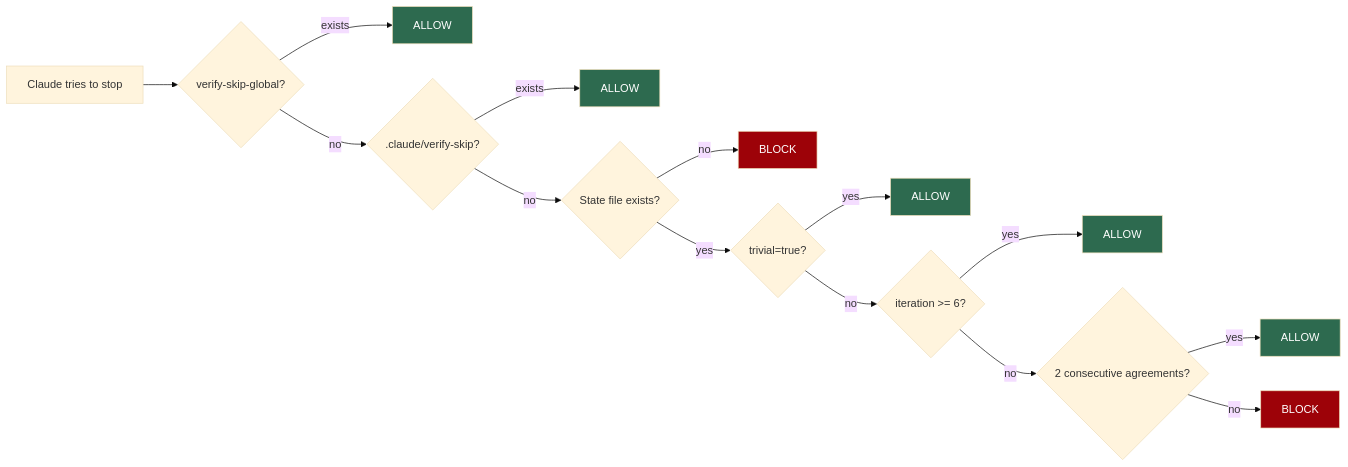
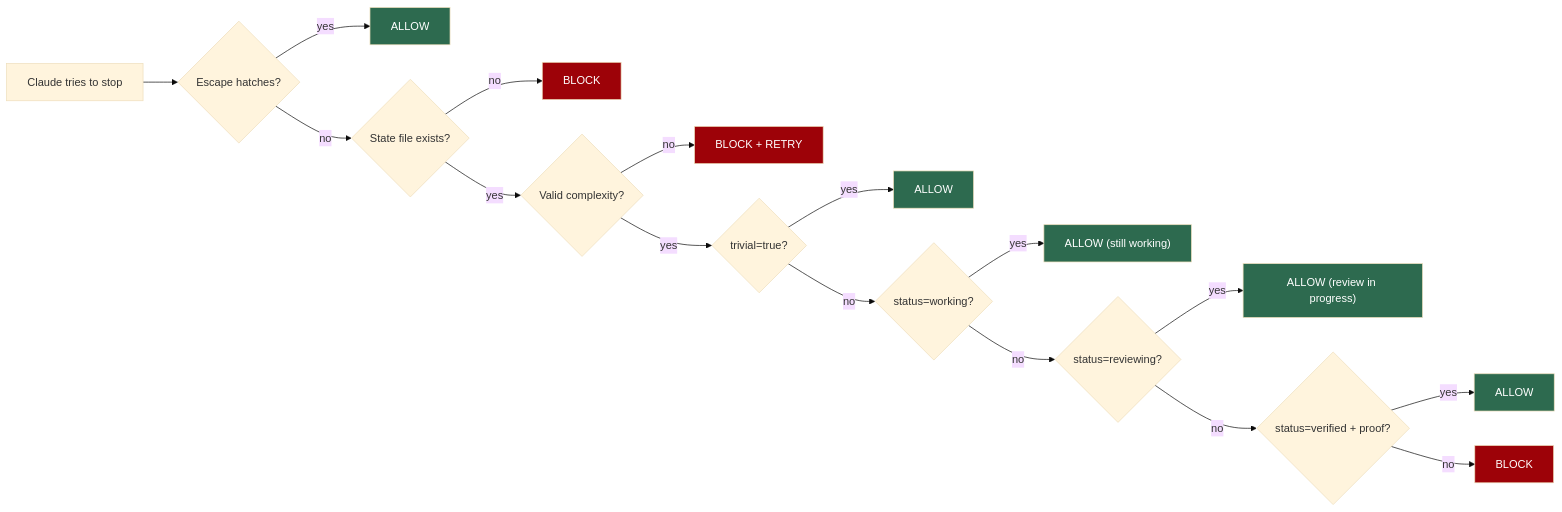
Before and after one commit to KlementMultiverse/verify-consensus: the second of 5 diagrams in README.md, drawn with Mermaid (base theme). The commit also changed other lines of this file and 2 other files, not shown here.

First line of the commit message:
v4: Work-first, review-after architecture

````diff
--- a/README.md
+++ b/README.md
@@ -74,24 +78,27 @@
 ```mermaid
 flowchart LR
-    STOP[Claude tries to stop] --> H1{verify-skip-global?}
-    H1 -->|exists| A1[ALLOW]
-    H1 -->|no| H2{.claude/verify-skip?}
-    H2 -->|exists| A2[ALLOW]
-    H2 -->|no| H3{State file exists?}
-    H3 -->|no| B1[BLOCK]
+    STOP[Claude tries to stop] --> H1{Escape hatches?}
+    H1 -->|yes| A1[ALLOW]
+    H1 -->|no| H2{State file exists?}
+    H2 -->|no| B1[BLOCK]
+    H2 -->|yes| H3{Valid complexity?}
+    H3 -->|no| B2["BLOCK + RETRY"]
     H3 -->|yes| H4{trivial=true?}
-    H4 -->|yes| A3[ALLOW]
-    H4 -->|no| H5{iteration >= 6?}
-    H5 -->|yes| A4[ALLOW]
-    H5 -->|no| H6{2 consecutive agreements?}
-    H6 -->|yes| A5[ALLOW]
-    H6 -->|no| B2[BLOCK]
+    H4 -->|yes| A2[ALLOW]
+    H4 -->|no| H5{status=working?}
+    H5 -->|yes| A3["ALLOW (still working)"]
+    H5 -->|no| H6{status=reviewing?}
+    H6 -->|yes| A4["ALLOW (review in progress)"]
+    H6 -->|no| H7{status=verified + proof?}
+    H7 -->|yes| A5[ALLOW]
+    H7 -->|no| B3[BLOCK]
 
     style A1 fill:#2d6a4f,color:#fff
     style A2 fill:#2d6a4f,color:#fff
     style A3 fill:#2d6a4f,color:#fff
     style A4 fill:#2d6a4f,color:#fff
     style A5 fill:#2d6a4f,color:#fff
     style B1 fill:#9d0208,color:#fff
     style B2 fill:#9d0208,color:#fff
+    style B3 fill:#9d0208,color:#fff
 ```
````
